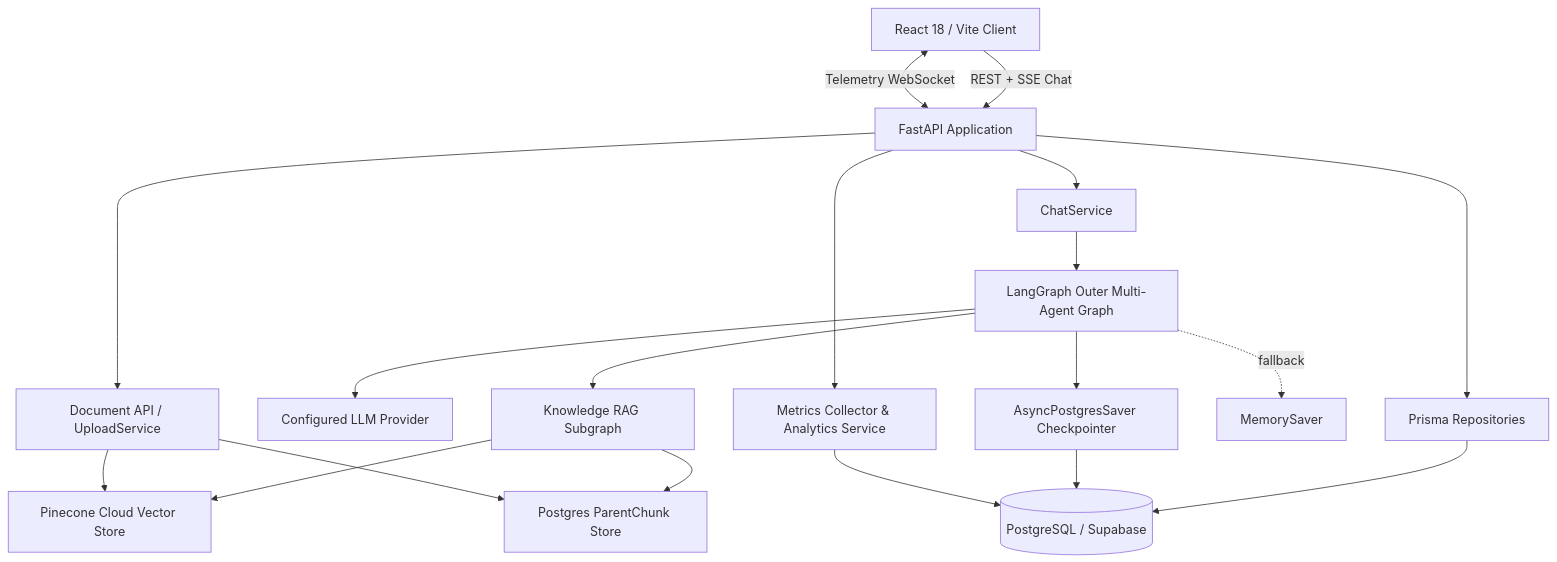
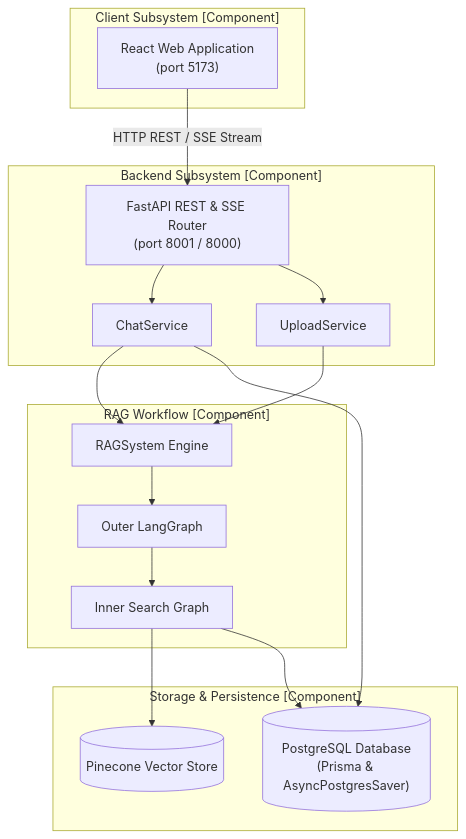
One commit to SurgeEnterpriseAI/Surge-FAQ-Chatbot changed the eighth of 38 diagrams in ARCHITECTURE_ANALYSIS.md. Above: the diagram before and after it, drawn with Mermaid. The commit also changed other lines of this file and 41 other files, not shown here.

````diff
--- a/ARCHITECTURE_ANALYSIS.md
+++ b/ARCHITECTURE_ANALYSIS.md
@@ -12,21 +333,34 @@
 ```mermaid
 flowchart TB
-    UI[React 18 / Vite Client] -->|REST + SSE Chat| API[FastAPI Application]
-    UI <-->|Telemetry WebSocket| API
-    API --> CHAT[ChatService]
-    API --> DOC[Document API / UploadService]
-    CHAT --> GRAPH[LangGraph Outer Multi-Agent Graph]
-    GRAPH --> LLM[Configured LLM Provider]
-    GRAPH --> SUBGRAPH[Knowledge RAG Subgraph]
-    SUBGRAPH --> VECTOR[Pinecone Cloud Vector Store]
-    SUBGRAPH --> PARENT[Postgres ParentChunk Store]
-    DOC --> PARENT
-    DOC --> VECTOR
-    API --> REPO[Prisma Repositories]
-    REPO --> DB[(PostgreSQL / Supabase)]
-    GRAPH --> CHECKPOINT[AsyncPostgresSaver Checkpointer]
-    CHECKPOINT --> DB
-    GRAPH -. fallback .-> MEMORY[MemorySaver]
-    API --> OBS[Metrics Collector & Analytics Service]
-    OBS --> DB
+    subgraph ClientComponent["Client Subsystem [Component]"]
+        ReactUI["React Web Application<br/>(port 5173)"]
+    end
+
+    subgraph BackendComponent["Backend Subsystem [Component]"]
+        API["FastAPI REST & SSE Router<br/>(port 8001 / 8000)"]
+        ChatSvc["ChatService"]
+        UpSvc["UploadService"]
+    end
+
+    subgraph WorkflowComponent["RAG Workflow [Component]"]
+        Engine["RAGSystem Engine"]
+        OuterGraph["Outer LangGraph"]
+        InnerGraph["Inner Search Graph"]
+    end
+
+    subgraph StorageComponent["Storage & Persistence [Component]"]
+        PgDB[("PostgreSQL Database<br/>(Prisma & AsyncPostgresSaver)")]
+        PineDB[("Pinecone Vector Store")]
+    end
+
+    ReactUI -->|HTTP REST / SSE Stream| API
+    API --> ChatSvc
+    API --> UpSvc
+    ChatSvc --> Engine
+    UpSvc --> Engine
+    Engine --> OuterGraph
+    OuterGraph --> InnerGraph
+    InnerGraph --> PineDB
+    InnerGraph --> PgDB
+    ChatSvc --> PgDB
 ```
````
